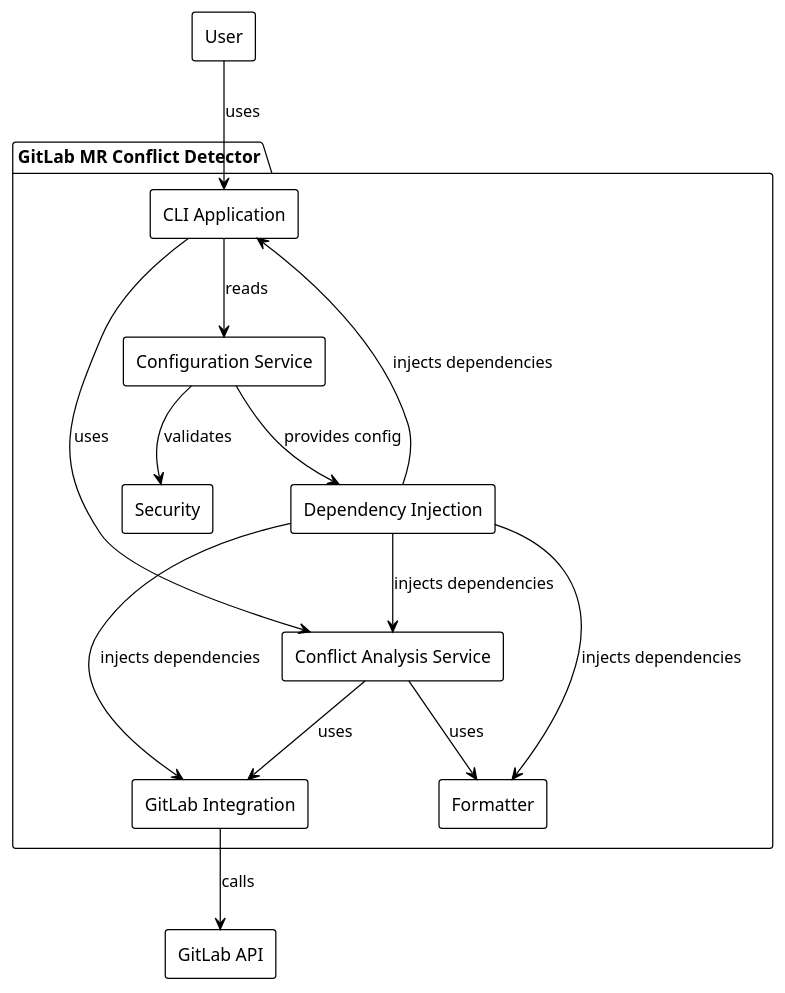
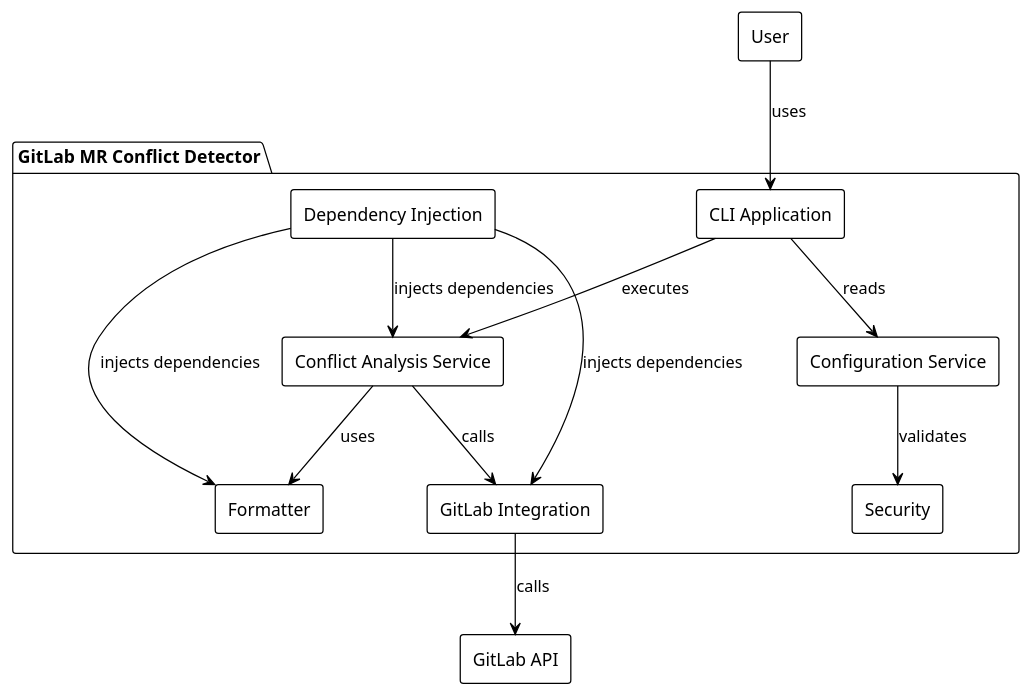
Before and after one commit to GalushkoArt/gitlab-mr-conflict-detector: the first of 4 diagrams in docs/architecture.md, drawn with PlantUML. The commit also changed other lines of this file and 12 other files, not shown here.

````diff
--- a/docs/architecture.md
+++ b/docs/architecture.md
@@ -9,33 +11,31 @@
 ```plantuml
 @startuml
 !theme plain
 skinparam componentStyle rectangle
 
 package "GitLab MR Conflict Detector" {
   [CLI Application] as CLI
   [Configuration Service] as Config
   [Conflict Analysis Service] as Core
   [GitLab Integration] as GitLab
   [Formatter] as Formatter
   [Security] as Security
   [Dependency Injection] as DI
 }
 
 [GitLab API] as GitLabAPI
 [User] as User
 
 User --> CLI : uses
 CLI --> Config : reads
-CLI --> Core : uses
-Core --> GitLab : uses
+CLI --> Core : executes
+Core --> GitLab : calls
 GitLab --> GitLabAPI : calls
 Core --> Formatter : uses
 Config --> Security : validates
-DI --> CLI : injects dependencies
 DI --> Core : injects dependencies
 DI --> GitLab : injects dependencies
-Config --> DI : provides config
 DI --> Formatter : injects dependencies
 
 @enduml
 ```
````
